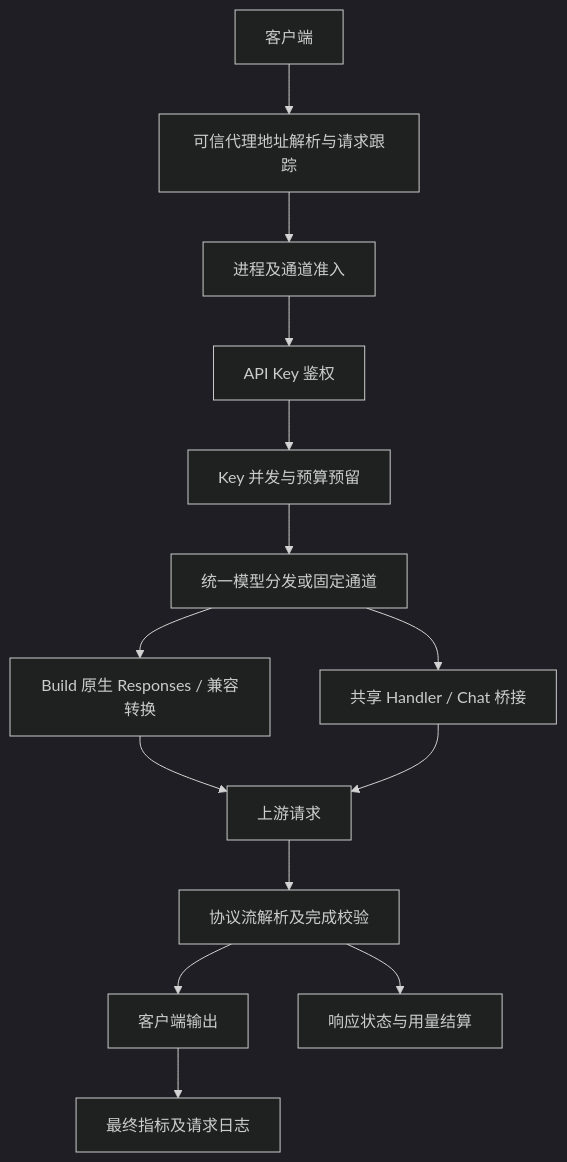
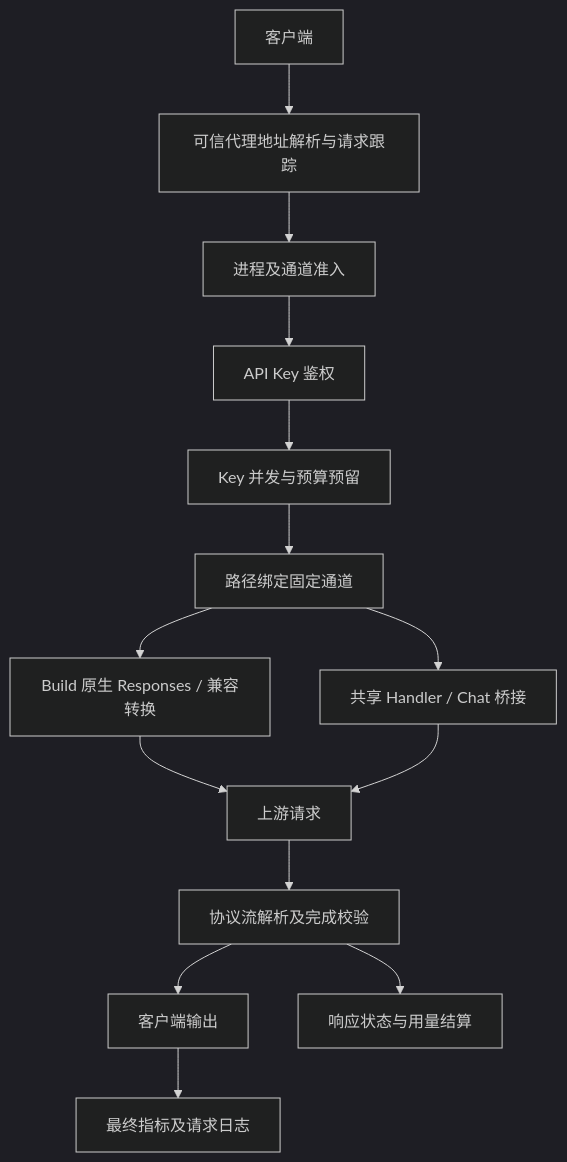
The diagram in docs/architecture.md (wuchao777777-ops/orchids-2api-docker), drawn with Mermaid (dark theme) before and after one commit. The commit also changed other lines of this file and 254 other files, not shown here.

````diff
--- a/docs/architecture.md
+++ b/docs/architecture.md
@@ -47,16 +46,16 @@
 ```mermaid
 flowchart TD
     C[客户端] --> P[可信代理地址解析与请求跟踪]
     P --> A[进程及通道准入]
     A --> K[API Key 鉴权]
     K --> B[Key 并发与预算预留]
-    B --> D[统一模型分发或固定通道]
+    B --> D[路径绑定固定通道]
     D --> G[Build 原生 Responses / 兼容转换]
     D --> H[共享 Handler / Chat 桥接]
     G --> U[上游请求]
     H --> U
     U --> S[协议流解析及完成校验]
     S --> O[客户端输出]
     S --> R[响应状态与用量结算]
     O --> M[最终指标及请求日志]
 ```
````
